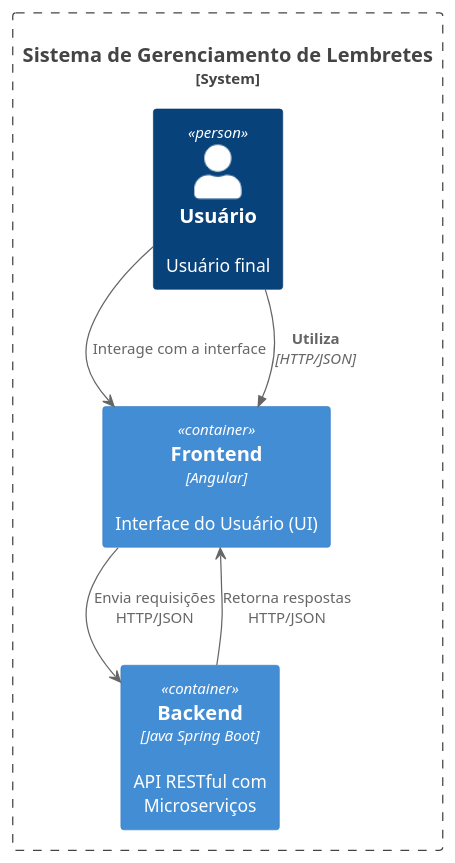
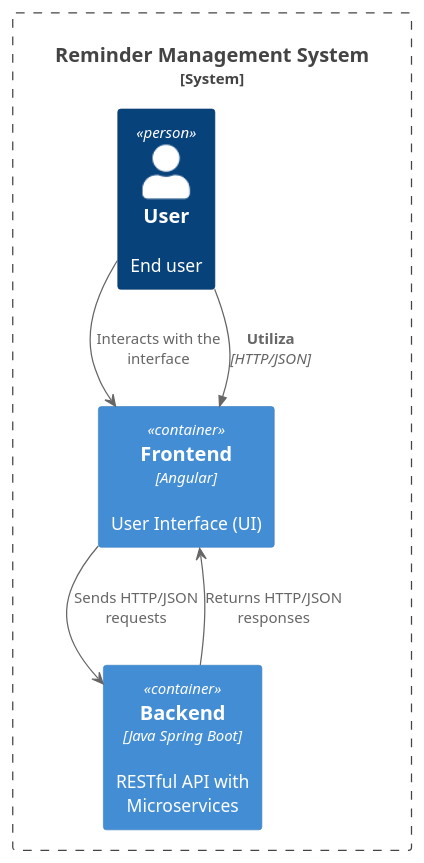
The diagram in docs/diagrams/context_level.puml (D0UGUR4SU/reminder), drawn with PlantUML before and after one commit. The commit also changed 2 other files, not shown here.

Commit message:
Changing diagrams to English

```diff
--- a/docs/diagrams/context_level.puml
+++ b/docs/diagrams/context_level.puml
@@ -1,16 +1,16 @@
 @startuml
 !include https://raw.githubusercontent.com/plantuml-stdlib/C4-PlantUML/master/C4_Container.puml
 
-System_Boundary(Sistema, "Sistema de Gerenciamento de Lembretes") {
-    Container(Frontend, "Frontend", "Angular", "Interface do Usuário (UI)")
-    Container(Backend, "Backend", "Java Spring Boot", "API RESTful com Microserviços")
+System_Boundary(System, "Reminder Management System") {
+    Container(Frontend, "Frontend", "Angular", "User Interface (UI)")
+    Container(Backend, "Backend", "Java Spring Boot", "RESTful API with Microservices")
 
-    Person(User, "Usuário", "Usuário final")
+    Person(User, "User", "End user")
 
-    User -> Frontend : Interage com a interface
-    Frontend -> Backend : Envia requisições HTTP/JSON
-    Backend --> Frontend : Retorna respostas HTTP/JSON
+    User -> Frontend: Interacts with the interface
+    Frontend -> Backend: Sends HTTP/JSON requests
+    Backend --> Frontend: Returns HTTP/JSON responses
 }
 
 Rel(User, Frontend, "Utiliza", "HTTP/JSON")
 @enduml
```
